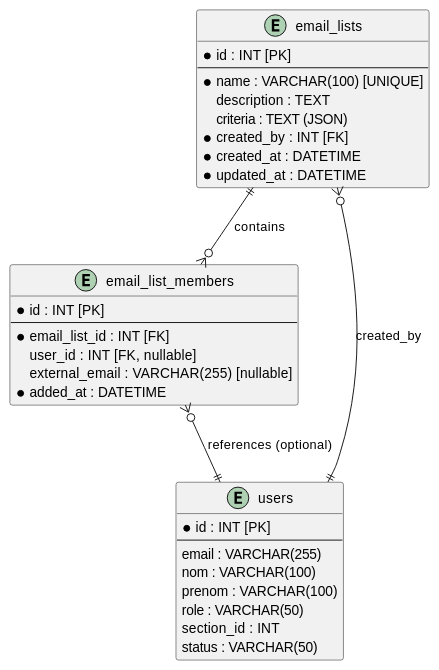
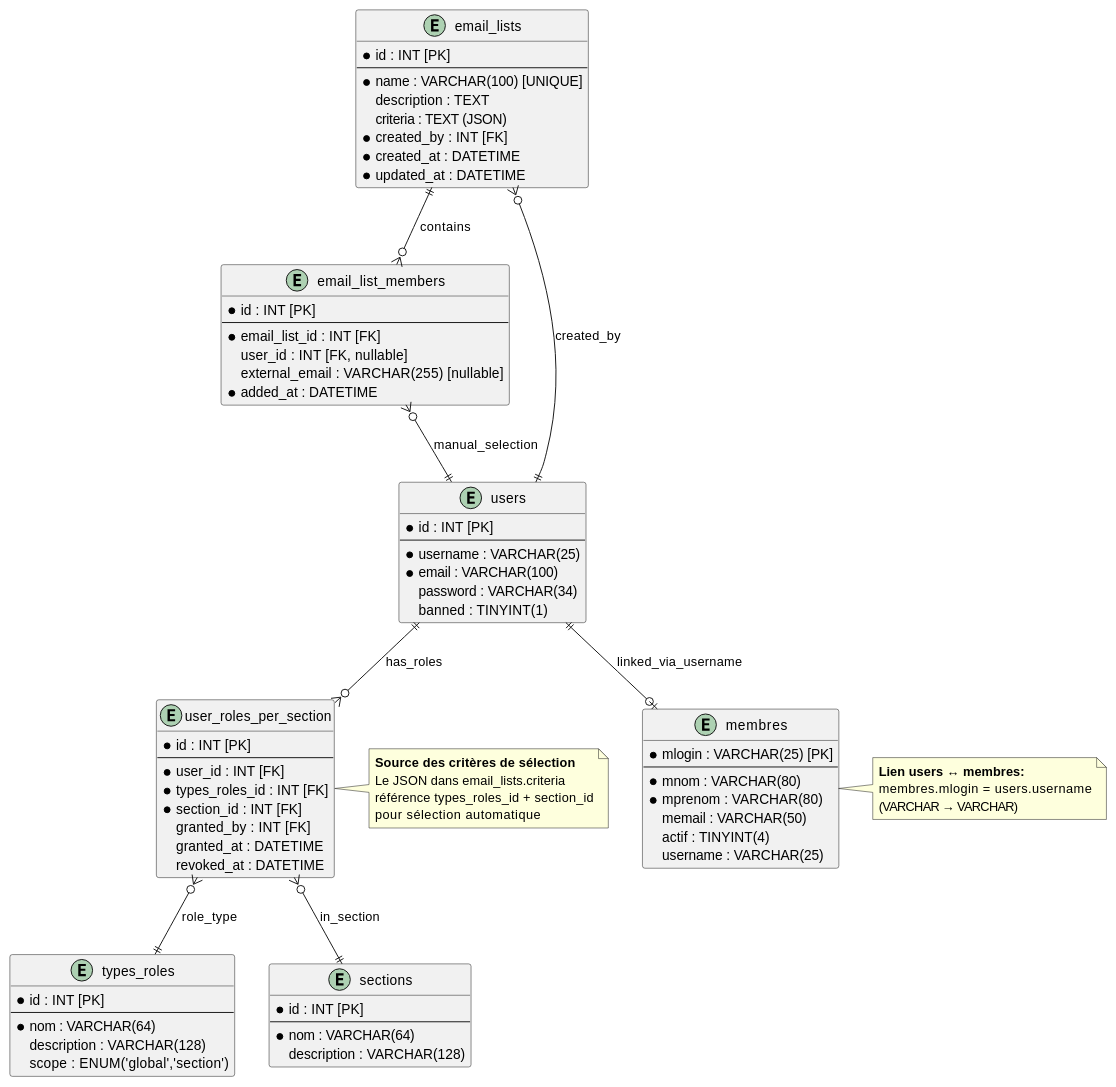
One commit to flub78/gvv changed the first of 2 diagrams in doc/design_notes/gestion_emails_design.md. Above: the diagram before and after it, drawn with PlantUML. The commit also changed other lines of this file and 4 other files, not shown here.

````diff
--- a/doc/design_notes/gestion_emails_design.md
+++ b/doc/design_notes/gestion_emails_design.md
@@ -672,16 +823,68 @@
 entity users {
   * id : INT [PK]
   --
-  email : VARCHAR(255)
-  nom : VARCHAR(100)
-  prenom : VARCHAR(100)
-  role : VARCHAR(50)
-  section_id : INT
-  status : VARCHAR(50)
+  * username : VARCHAR(25)
+  * email : VARCHAR(100)
+  password : VARCHAR(34)
+  banned : TINYINT(1)
+}
+
+entity membres {
+  * mlogin : VARCHAR(25) [PK]
+  --
+  * mnom : VARCHAR(80)
+  * mprenom : VARCHAR(80)
+  memail : VARCHAR(50)
+  actif : TINYINT(4)
+  username : VARCHAR(25)
+}
+
+entity user_roles_per_section {
+  * id : INT [PK]
+  --
+  * user_id : INT [FK]
+  * types_roles_id : INT [FK]
+  * section_id : INT [FK]
+  granted_by : INT [FK]
+  granted_at : DATETIME
+  revoked_at : DATETIME
+}
+
+entity types_roles {
+  * id : INT [PK]
+  --
+  * nom : VARCHAR(64)
+  description : VARCHAR(128)
+  scope : ENUM('global','section')
+}
+
+entity sections {
+  * id : INT [PK]
+  --
+  * nom : VARCHAR(64)
+  description : VARCHAR(128)
 }
 
 email_lists ||--o{ email_list_members : contains
-email_list_members }o--|| users : references (optional)
+email_list_members }o--|| users : manual_selection
 email_lists }o--|| users : created_by
+
+users ||--o{ user_roles_per_section : has_roles
+user_roles_per_section }o--|| types_roles : role_type
+user_roles_per_section }o--|| sections : in_section
+users ||--o| membres : linked_via_username
+
+note right of user_roles_per_section
+  **Source des critères de sélection**
+  Le JSON dans email_lists.criteria
+  référence types_roles_id + section_id
+  pour sélection automatique
+end note
+
+note right of membres
+  **Lien users ↔ membres:**
+  membres.mlogin = users.username
+  (VARCHAR → VARCHAR)
+end note
 @enduml
 ```
````
